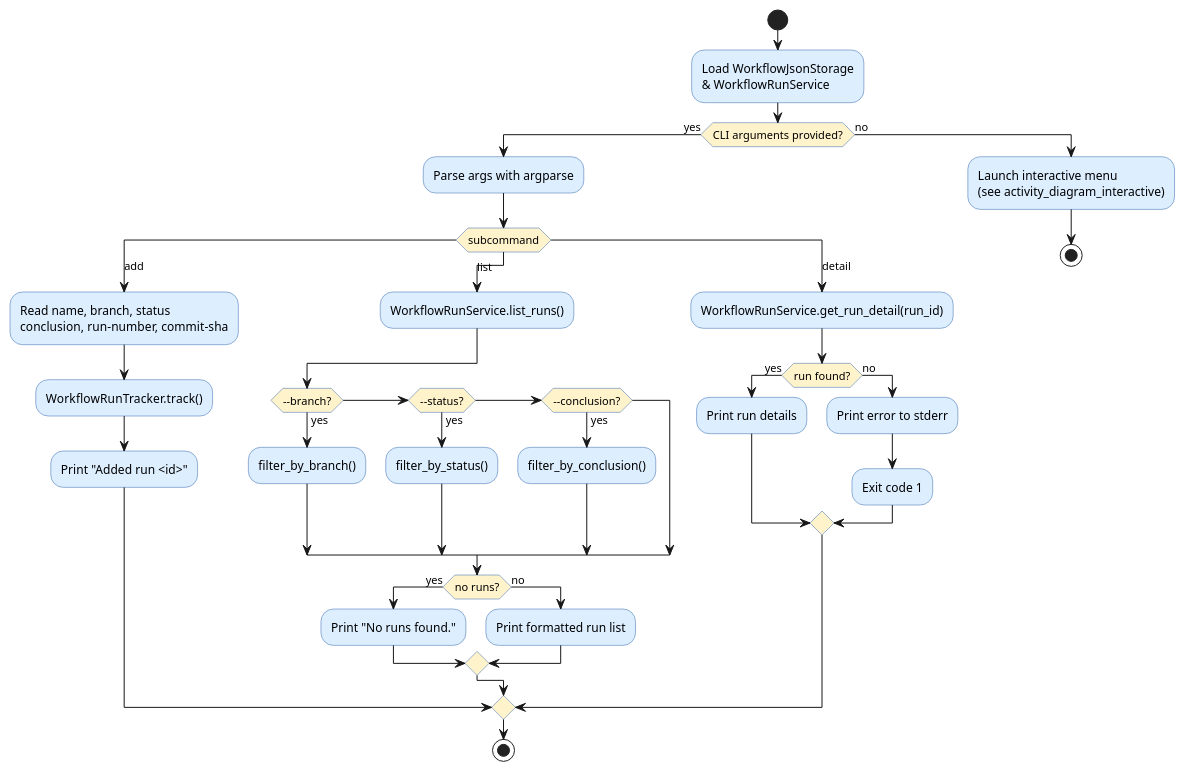
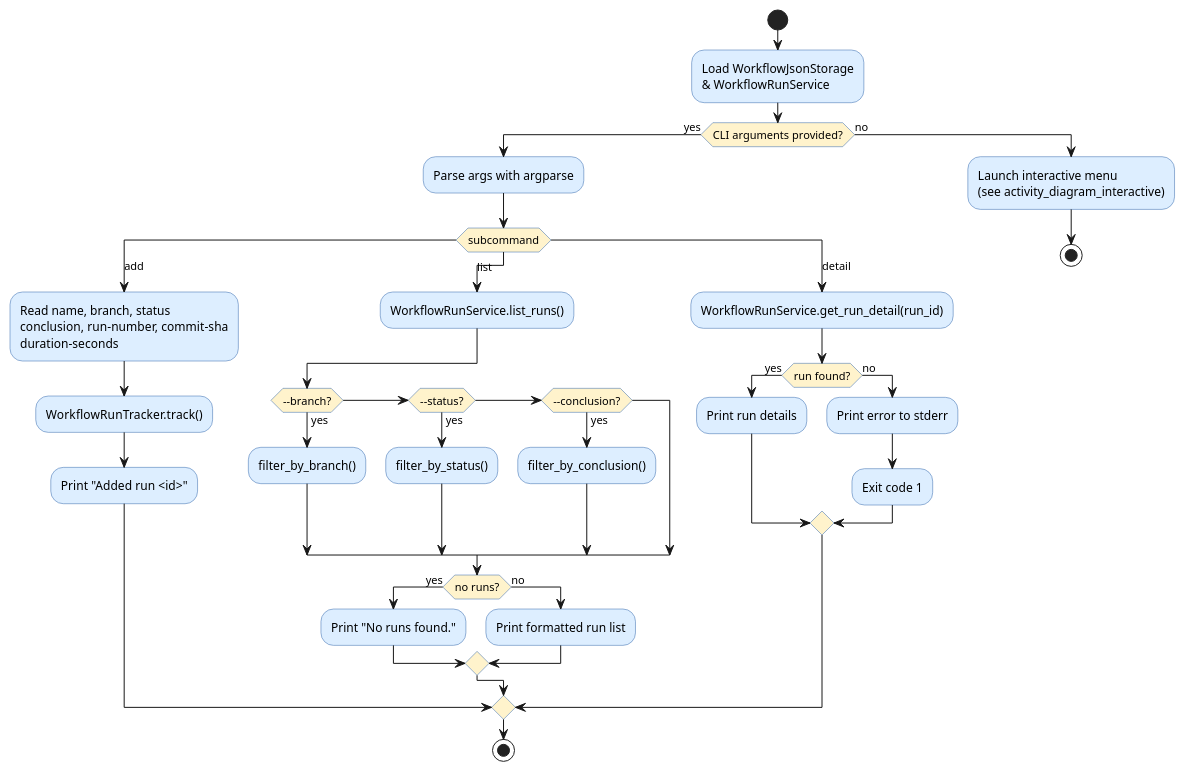
The diagram in experiments/supervisor_as_tools/user_stories/github-workflow-manager/artifacts/activity_diagram_main.puml (DanielRiha8906/Software_autoevolution_using_agents), drawn with PlantUML before and after one commit. The commit also changed 11 other files, not shown here.

```diff
--- a/experiments/supervisor_as_tools/user_stories/github-workflow-manager/artifacts/activity_diagram_main.puml
+++ b/experiments/supervisor_as_tools/user_stories/github-workflow-manager/artifacts/activity_diagram_main.puml
@@ -1,52 +1,52 @@
 @startuml activity_diagram_main
 
 skinparam activityBackgroundColor #DDEEFF
 skinparam activityBorderColor     #3366AA
 skinparam activityDiamondBackgroundColor #FFF3CC
 
 start
 
 :Load WorkflowJsonStorage\n& WorkflowRunService;
 
 if (CLI arguments provided?) then (yes)
   :Parse args with argparse;
   switch (subcommand)
 
     case (add)
-      :Read name, branch, status\nconclusion, run-number, commit-sha;
+      :Read name, branch, status\nconclusion, run-number, commit-sha\nduration-seconds;
       :WorkflowRunTracker.track();
       :Print "Added run <id>";
 
     case (list)
       :WorkflowRunService.list_runs();
       if (--branch?) then (yes)
         :filter_by_branch();
       elseif (--status?) then (yes)
         :filter_by_status();
       elseif (--conclusion?) then (yes)
         :filter_by_conclusion();
       endif
       if (no runs?) then (yes)
         :Print "No runs found.";
       else (no)
         :Print formatted run list;
       endif
 
     case (detail)
       :WorkflowRunService.get_run_detail(run_id);
       if (run found?) then (yes)
         :Print run details;
       else (no)
         :Print error to stderr;
         :Exit code 1;
       endif
 
   endswitch
   stop
 
 else (no)
   :Launch interactive menu\n(see activity_diagram_interactive);
   stop
 endif
 
 @enduml
```
